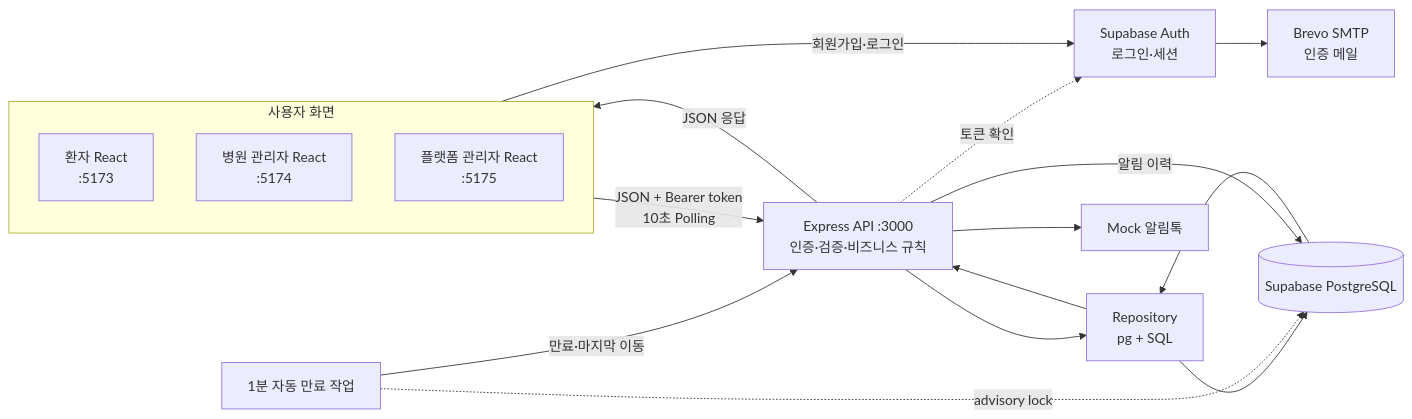
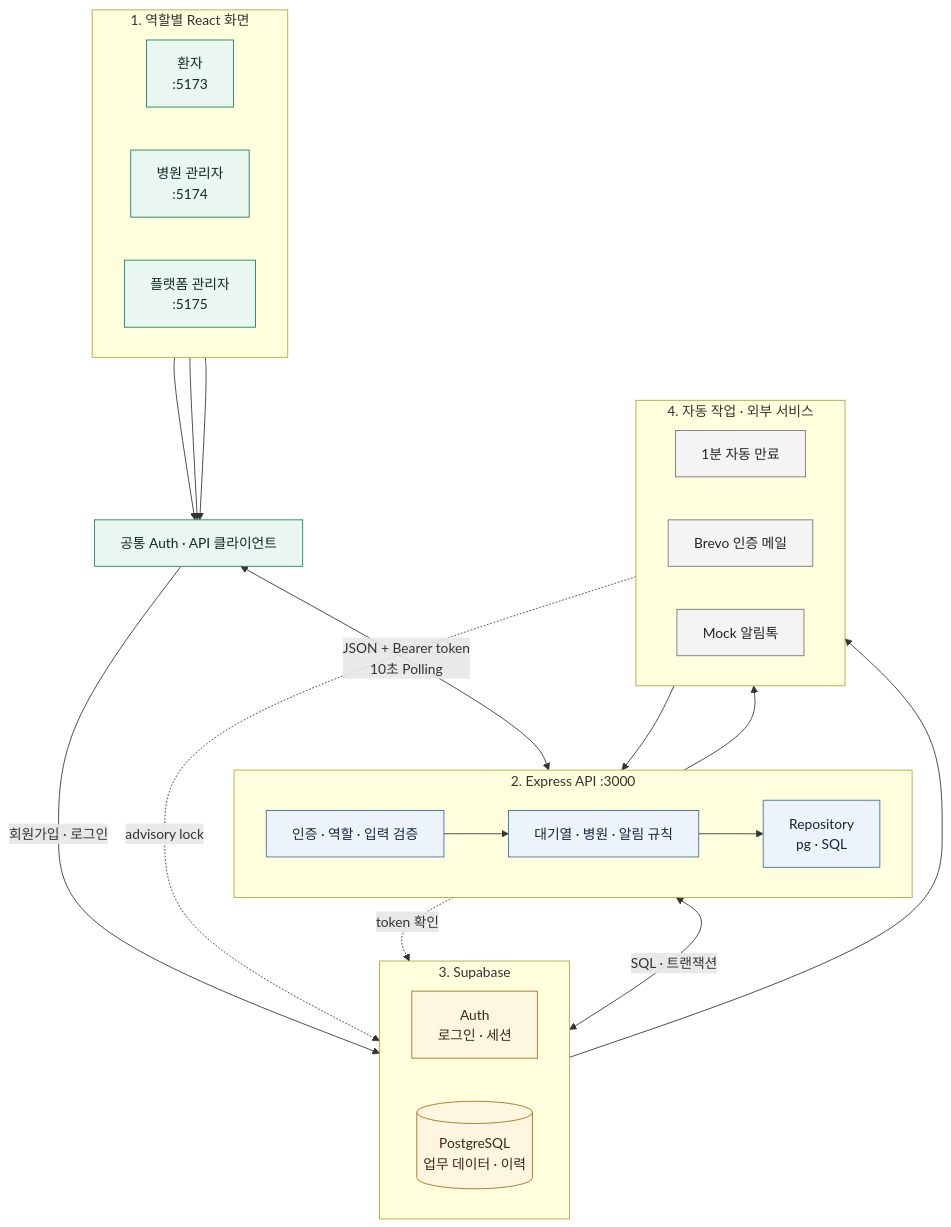
The diagram in README.md (Mureung1/hub-showcase), drawn with Mermaid before and after one commit. The commit also changed other lines of this file and 33 other files, not shown here.

````diff
--- a/README.md
+++ b/README.md
@@ -40,27 +40,54 @@
 ```mermaid
-flowchart LR
-  subgraph users["사용자 화면"]
-    patient["환자 React<br/>:5173"]
-    staff["병원 관리자 React<br/>:5174"]
-    platform["플랫폼 관리자 React<br/>:5175"]
+flowchart TB
+  subgraph screens["1. 역할별 React 화면"]
+    direction LR
+    patient["환자<br/>:5173"]
+    staff["병원 관리자<br/>:5174"]
+    platform["플랫폼 관리자<br/>:5175"]
   end
 
-  auth["Supabase Auth<br/>로그인·세션"]
-  api["Express API :3000<br/>인증·검증·비즈니스 규칙"]
-  repository["Repository<br/>pg + SQL"]
-  db[("Supabase PostgreSQL")]
-  worker["1분 자동 만료 작업"]
-  brevo["Brevo SMTP<br/>인증 메일"]
-  mock["Mock 알림톡"]
+  client["공통 Auth · API 클라이언트"]
 
-  users -->|"회원가입·로그인"| auth
+  subgraph server["2. Express API :3000"]
+    direction LR
+    verify["인증 · 역할 · 입력 검증"]
+    service["대기열 · 병원 · 알림 규칙"]
+    repository["Repository<br/>pg · SQL"]
+    verify --> service --> repository
+  end
+
+  subgraph data["3. Supabase"]
+    direction LR
+    auth["Auth<br/>로그인 · 세션"]
+    db[("PostgreSQL<br/>업무 데이터 · 이력")]
+  end
+
+  subgraph support["4. 자동 작업 · 외부 서비스"]
+    direction LR
+    worker["1분 자동 만료"]
+    brevo["Brevo 인증 메일"]
+    mock["Mock 알림톡"]
+  end
+
+  patient --> client
+  staff --> client
+  platform --> client
+  client <-->|"JSON + Bearer token<br/>10초 Polling"| verify
+  client -->|"회원가입 · 로그인"| auth
+  verify -. "token 확인" .-> auth
+  repository <-->|"SQL · 트랜잭션"| db
   auth --> brevo
-  users -->|"JSON + Bearer token<br/>10초 Polling"| api
-  api -. "토큰 확인" .-> auth
-  api --> repository --> db
-  db --> repository --> api -->|"JSON 응답"| users
-  worker -->|"만료·마지막 이동"| api
+  worker --> service
   worker -. "advisory lock" .-> db
-  api --> mock
-  api -->|"알림 이력"| db
+  service --> mock
+
+  classDef screen fill:#eaf7f0,stroke:#15805d,color:#102a24;
+  classDef serverNode fill:#edf3fb,stroke:#376ea6,color:#13263a;
+  classDef dataNode fill:#fff6df,stroke:#a66a14,color:#3b2a10;
+  classDef supportNode fill:#f4f4f4,stroke:#737373,color:#242424;
+
+  class patient,staff,platform,client screen;
+  class verify,service,repository serverNode;
+  class auth,db dataNode;
+  class worker,brevo,mock supportNode;
 ```
````
